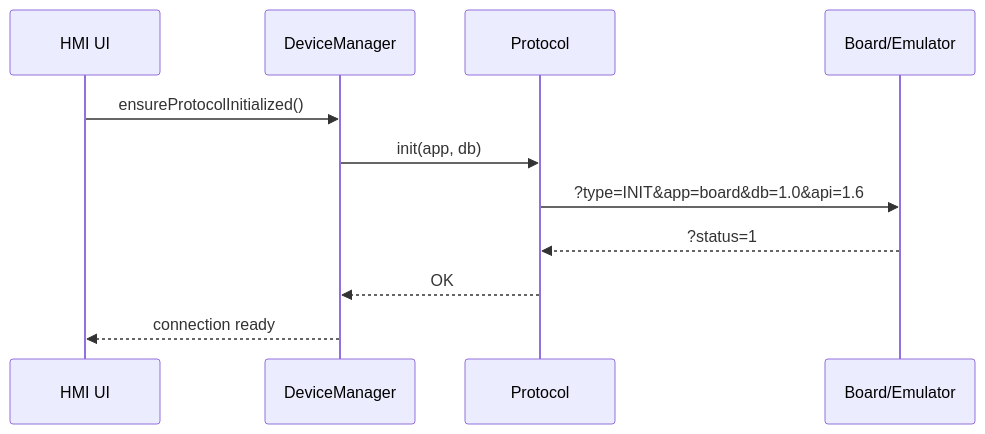
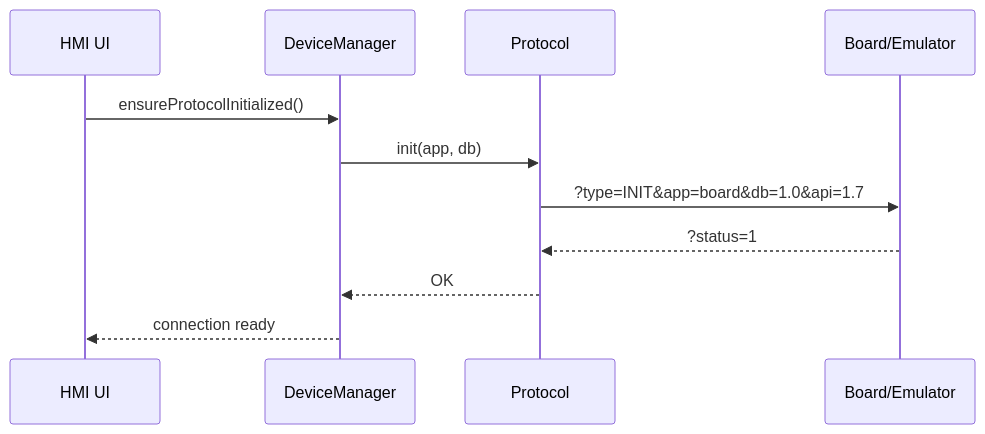
One commit to sgtkingo/EduBox-HUB-Panel changed the first of 4 diagrams in docs/PROTOCOL_CZ.md. Above: the diagram before and after it, drawn with Mermaid. The commit also changed other lines of this file and 21 other files, not shown here.

````diff
--- a/docs/PROTOCOL_CZ.md
+++ b/docs/PROTOCOL_CZ.md
@@ -411,14 +411,14 @@
 ```mermaid
 sequenceDiagram
     participant UI as HMI UI
     participant DM as DeviceManager
     participant P as Protocol
     participant HW as Board/Emulator
 
     UI->>DM: ensureProtocolInitialized()
     DM->>P: init(app, db)
-    P->>HW: ?type=INIT&app=board&db=1.0&api=1.6
+    P->>HW: ?type=INIT&app=board&db=1.0&api=1.7
     HW-->>P: ?status=1
     P-->>DM: OK
     DM-->>UI: connection ready
 ```
````
